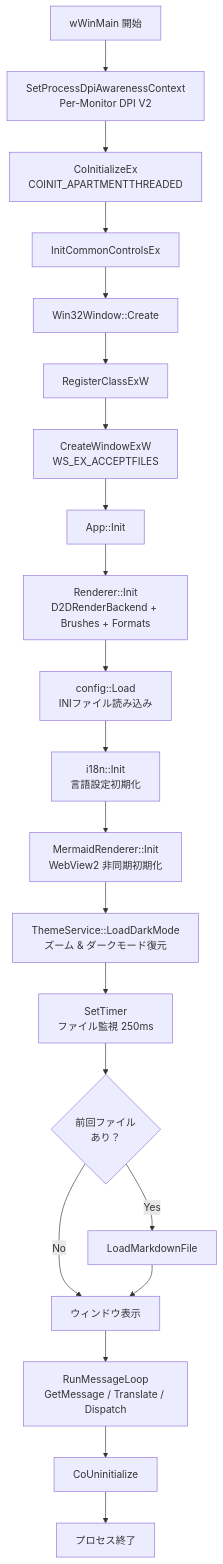
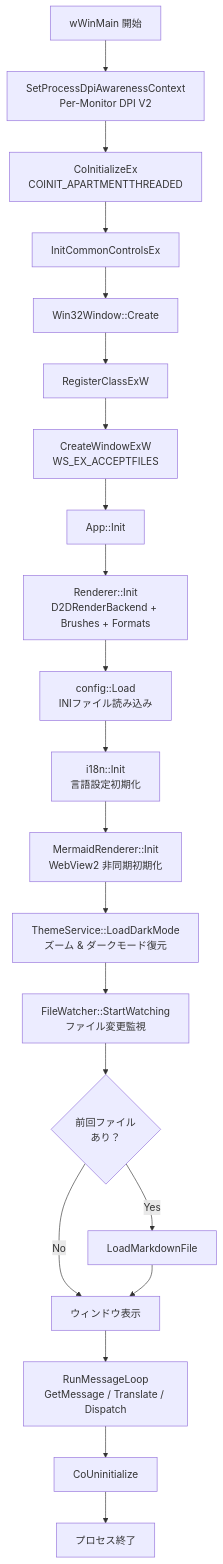
Before and after one commit to tanaton/mendo: diagram 18 of 28 in example/test.md, drawn with Mermaid. The commit also changed other lines of this file and 4 other files, not shown here.

````diff
--- a/example/test.md
+++ b/example/test.md
@@ -2010,25 +2281,25 @@
 ```mermaid
 flowchart TD
     START[wWinMain 開始] --> DPI[SetProcessDpiAwarenessContext<br>Per-Monitor DPI V2]
     DPI --> COM[CoInitializeEx<br>COINIT_APARTMENTTHREADED]
     COM --> ICC[InitCommonControlsEx]
     ICC --> CREATE[Win32Window::Create]
 
     CREATE --> REG[RegisterClassExW]
     REG --> WND[CreateWindowExW<br>WS_EX_ACCEPTFILES]
     WND --> INIT[App::Init]
     INIT --> D2D[Renderer::Init<br>D2DRenderBackend + Brushes + Formats]
     D2D --> CFGLOAD[config::Load<br>INIファイル読み込み]
     CFGLOAD --> I18NINIT[i18n::Init<br>言語設定初期化]
     I18NINIT --> MERM[MermaidRenderer::Init<br>WebView2 非同期初期化]
     MERM --> CFG[ThemeService::LoadDarkMode<br>ズーム & ダークモード復元]
-    CFG --> TIMER[SetTimer<br>ファイル監視 250ms]
-    TIMER --> LAST{前回ファイル<br>あり？}
+    CFG --> FWATCH[FileWatcher::StartWatching<br>ファイル変更監視]
+    FWATCH --> LAST{前回ファイル<br>あり？}
     LAST -->|Yes| LOAD[LoadMarkdownFile]
     LAST -->|No| SHOW[ウィンドウ表示]
     LOAD --> SHOW
 
     SHOW --> LOOP[RunMessageLoop<br>GetMessage / Translate / Dispatch]
     LOOP --> EXIT[CoUninitialize]
     EXIT --> END[プロセス終了]
 ```
````
